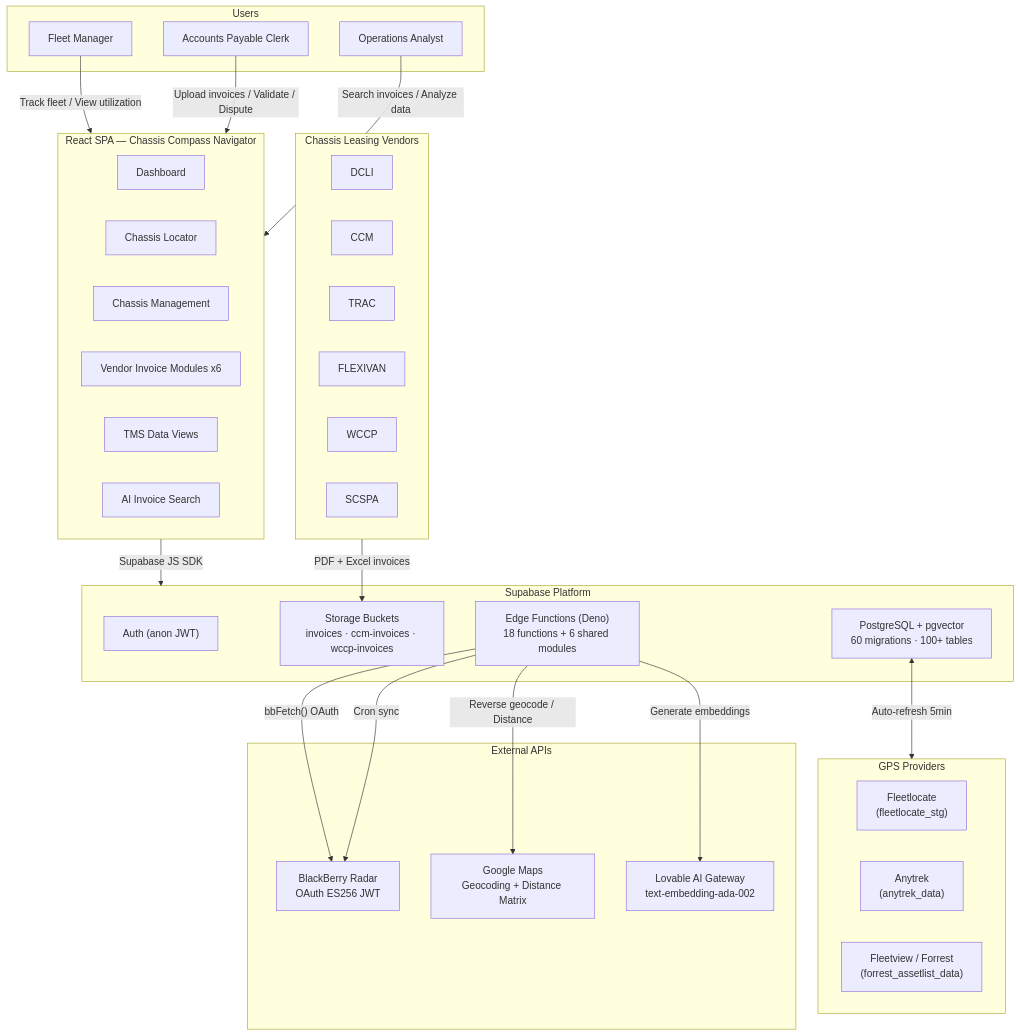
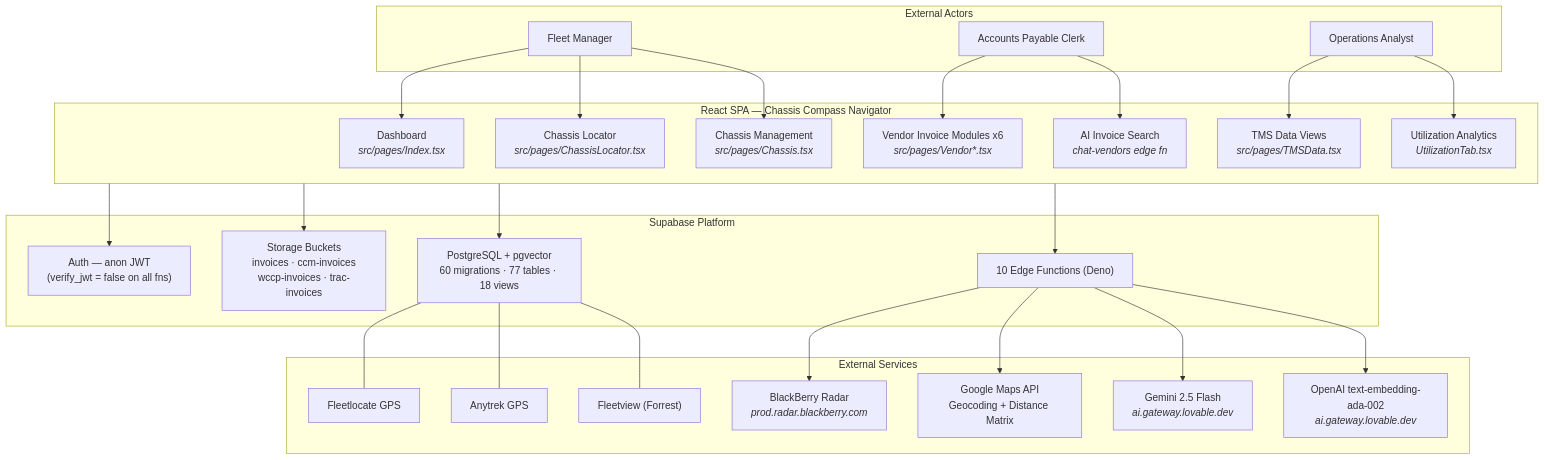
Before and after one commit to RichKingsASU/chassis-compass-navigator: the first of 14 diagrams in BUSINESS_LOGIC_REPORT.md, drawn with Mermaid. The commit also changed other lines of this file, not shown here.

First line of the commit message:
Update BUSINESS_LOGIC_REPORT.md with PASS 2 — verified file:line refs, corrected data

````diff
--- a/BUSINESS_LOGIC_REPORT.md
+++ b/BUSINESS_LOGIC_REPORT.md
@@ -10,59 +14,51 @@
 ```mermaid
 graph TB
-    subgraph Users["Users"]
+    subgraph Actors["External Actors"]
         FM["Fleet Manager"]
         AP["Accounts Payable Clerk"]
         OA["Operations Analyst"]
     end
 
     subgraph SPA["React SPA — Chassis Compass Navigator"]
-        DASH["Dashboard"]
-        CLOC["Chassis Locator"]
-        CMGMT["Chassis Management"]
-        VINV["Vendor Invoice Modules x6"]
-        TMS_UI["TMS Data Views"]
-        CHAT["AI Invoice Search"]
+        DASH["Dashboard<br/><i>src/pages/Index.tsx</i>"]
+        CLOC["Chassis Locator<br/><i>src/pages/ChassisLocator.tsx</i>"]
+        CMGMT["Chassis Management<br/><i>src/pages/Chassis.tsx</i>"]
+        VINV["Vendor Invoice Modules x6<br/><i>src/pages/Vendor*.tsx</i>"]
+        TMS_UI["TMS Data Views<br/><i>src/pages/TMSData.tsx</i>"]
+        CHAT["AI Invoice Search<br/><i>chat-vendors edge fn</i>"]
+        UTIL["Utilization Analytics<br/><i>UtilizationTab.tsx</i>"]
     end
 
     subgraph Supabase["Supabase Platform"]
-        AUTH["Auth (anon JWT)"]
-        STOR["Storage Buckets<br/>invoices · ccm-invoices · wccp-invoices"]
-        DB["PostgreSQL + pgvector<br/>60 migrations · 100+ tables"]
-        EF["Edge Functions (Deno)<br/>18 functions + 6 shared modules"]
+        AUTH["Auth — anon JWT<br/>(verify_jwt = false on all fns)"]
+        STOR["Storage Buckets<br/>invoices · ccm-invoices<br/>wccp-invoices · trac-invoices"]
+        DB["PostgreSQL + pgvector<br/>60 migrations · 77 tables · 18 views"]
+        EDGE["10 Edge Functions (Deno)"]
     end
 
-    subgraph GPS["GPS Providers"]
-        FL["Fleetlocate<br/>(fleetlocate_stg)"]
-        AT["Anytrek<br/>(anytrek_data)"]
-        FV["Fleetview / Forrest<br/>(forrest_assetlist_data)"]
+    subgraph External["External Services"]
+        FL["Fleetlocate GPS"]
+        AT["Anytrek GPS"]
+        FV["Fleetview (Forrest)"]
+        BB["BlackBerry Radar<br/><i>prod.radar.blackberry.com</i>"]
+        GMAPS["Google Maps API<br/>Geocoding + Distance Matrix"]
+        GEM["Gemini 2.5 Flash<br/><i>ai.gateway.lovable.dev</i>"]
+        OAI["OpenAI text-embedding-ada-002<br/><i>ai.gateway.lovable.dev</i>"]
     end
 
-    subgraph External["External APIs"]
-        BB["BlackBerry Radar<br/>OAuth ES256 JWT"]
-        GMAP["Google Maps<br/>Geocoding + Distance Matrix"]
-        LAI["Lovable AI Gateway<br/>text-embedding-ada-002"]
-    end
+    FM --> DASH & CLOC & CMGMT
+    AP --> VINV & CHAT
+    OA --> TMS_UI & UTIL
 
-    subgraph Vendors["Chassis Leasing Vendors"]
-        DCLI_V["DCLI"]
-        CCM_V["CCM"]
-        TRAC_V["TRAC"]
-        FLEX_V["FLEXIVAN"]
-        WCCP_V["WCCP"]
-        SCSPA_V["SCSPA"]
-    end
+    SPA --> AUTH
+    SPA --> STOR
+    SPA --> DB
+    SPA --> EDGE
 
-    FM -->|"Track fleet / View utilization"| SPA
-    AP -->|"Upload invoices / Validate / Dispute"| SPA
-    OA -->|"Search invoices / Analyze data"| SPA
+    EDGE --> BB
+    EDGE --> GMAPS
+    EDGE --> GEM
+    EDGE --> OAI
 
-    SPA -->|"Supabase JS SDK"| Supabase
-    EF -->|"bbFetch() OAuth"| BB
-    EF -->|"Reverse geocode / Distance"| GMAP
-    EF -->|"Generate embeddings"| LAI
-
-    DB <-->|"Auto-refresh 5min"| GPS
-    EF -->|"Cron sync"| BB
-
-    Vendors -->|"PDF + Excel invoices"| STOR
+    DB --- FL & AT & FV
 ```
````
